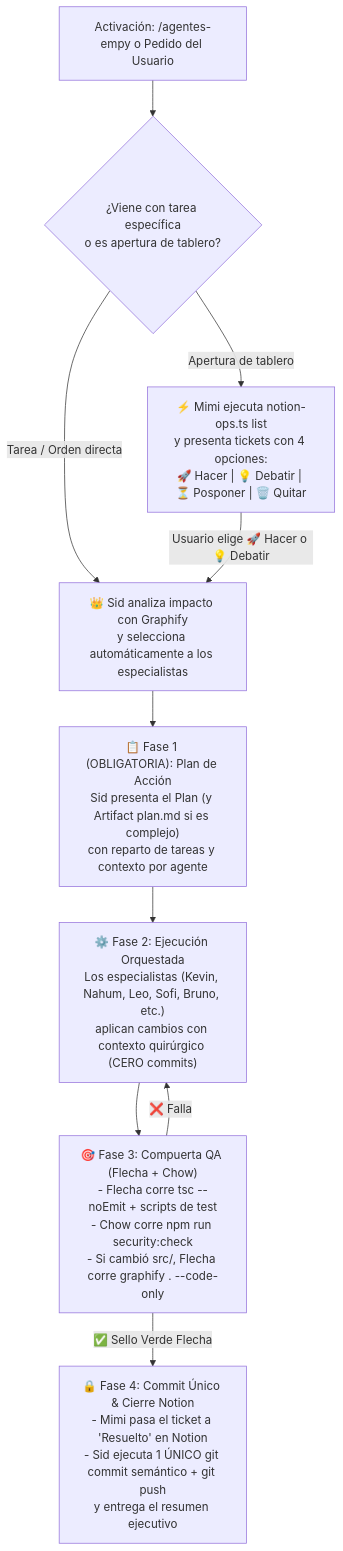
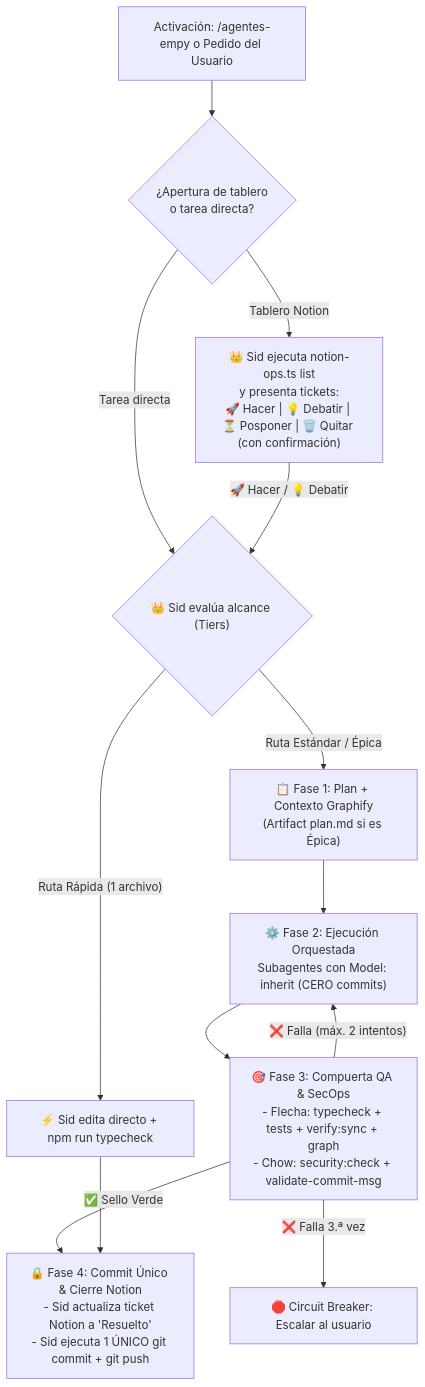
The diagram in .agents/skills/agentes-empy/SKILL.md (SoySid/empy-bot), drawn with Mermaid before and after one commit. The commit also changed other lines of this file and 1 other file, not shown here.

Commit message:
refactor: optimizar skill agentes-empy con rutas por alcance y 9 especialistas

````diff
--- a/.agents/skills/agentes-empy/SKILL.md
+++ b/.agents/skills/agentes-empy/SKILL.md
@@ -59,12 +62,15 @@
 ```mermaid
 flowchart TD
-    Start["Activación: /agentes-empy o Pedido del Usuario"] --> Mode{"¿Viene con tarea específica\no es apertura de tablero?"}
-    Mode -->|"Apertura de tablero"| MimiRead["⚡ Mimi ejecuta notion-ops.ts list\ny presenta tickets con 4 opciones:\n🚀 Hacer | 💡 Debatir | ⏳ Posponer | 🗑️ Quitar"]
-    Mode -->|"Tarea / Orden directa"| SidContext["👑 Sid analiza impacto con Graphify\ny selecciona automáticamente a los especialistas"]
-    MimiRead -->|"Usuario elige 🚀 Hacer o 💡 Debatir"| SidContext
-    SidContext --> PlanStep["📋 Fase 1 (OBLIGATORIA): Plan de Acción\nSid presenta el Plan (y Artifact plan.md si es complejo)\ncon reparto de tareas y contexto por agente"]
-    PlanStep --> ExecStep["⚙️ Fase 2: Ejecución Orquestada\nLos especialistas (Kevin, Nahum, Leo, Sofi, Bruno, etc.)\naplican cambios con contexto quirúrgico (CERO commits)"]
-    ExecStep --> QAGate["🎯 Fase 3: Compuerta QA (Flecha + Chow)\n- Flecha corre tsc --noEmit + scripts de test\n- Chow corre npm run security:check\n- Si cambió src/, Flecha corre graphify . --code-only"]
-    QAGate -->|"❌ Falla"|ExecStep
-    QAGate -->|"✅ Sello Verde Flecha"| CommitGate["🔒 Fase 4: Commit Único & Cierre Notion\n- Mimi pasa el ticket a 'Resuelto' en Notion\n- Sid ejecuta 1 ÚNICO git commit semántico + git push\ny entrega el resumen ejecutivo"]
+    Start["Activación: /agentes-empy o Pedido del Usuario"] --> Mode{"¿Apertura de tablero\no tarea directa?"}
+    Mode -->|"Tablero Notion"| SidNotion["👑 Sid ejecuta notion-ops.ts list\ny presenta tickets:\n🚀 Hacer | 💡 Debatir | ⏳ Posponer | 🗑️ Quitar (con confirmación)"]
+    Mode -->|"Tarea directa"| TierCheck{"👑 Sid evalúa alcance (Tiers)"}
+    SidNotion -->|"🚀 Hacer / 💡 Debatir"| TierCheck
+    TierCheck -->|"Ruta Rápida (1 archivo)"| FastExec["⚡ Sid edita directo + npm run typecheck"]
+    TierCheck -->|"Ruta Estándar / Épica"| PlanStep["📋 Fase 1: Plan + Contexto Graphify\n(Artifact plan.md si es Épica)"]
+    PlanStep --> ExecStep["⚙️ Fase 2: Ejecución Orquestada\nSubagentes con Model: inherit (CERO commits)"]
+    ExecStep --> QAGate["🎯 Fase 3: Compuerta QA & SecOps\n- Flecha: typecheck + tests + verify:sync + graph\n- Chow: security:check + validate-commit-msg"]
+    QAGate -->|"❌ Falla (máx. 2 intentos)"| ExecStep
+    QAGate -->|"❌ Falla 3.ª vez"| Escalate["🛑 Circuit Breaker: Escalar al usuario"]
+    QAGate -->|"✅ Sello Verde"| CommitGate["🔒 Fase 4: Commit Único & Cierre Notion\n- Sid actualiza ticket Notion a 'Resuelto'\n- Sid ejecuta 1 ÚNICO git commit + git push"]
+    FastExec --> CommitGate
 ```
````
